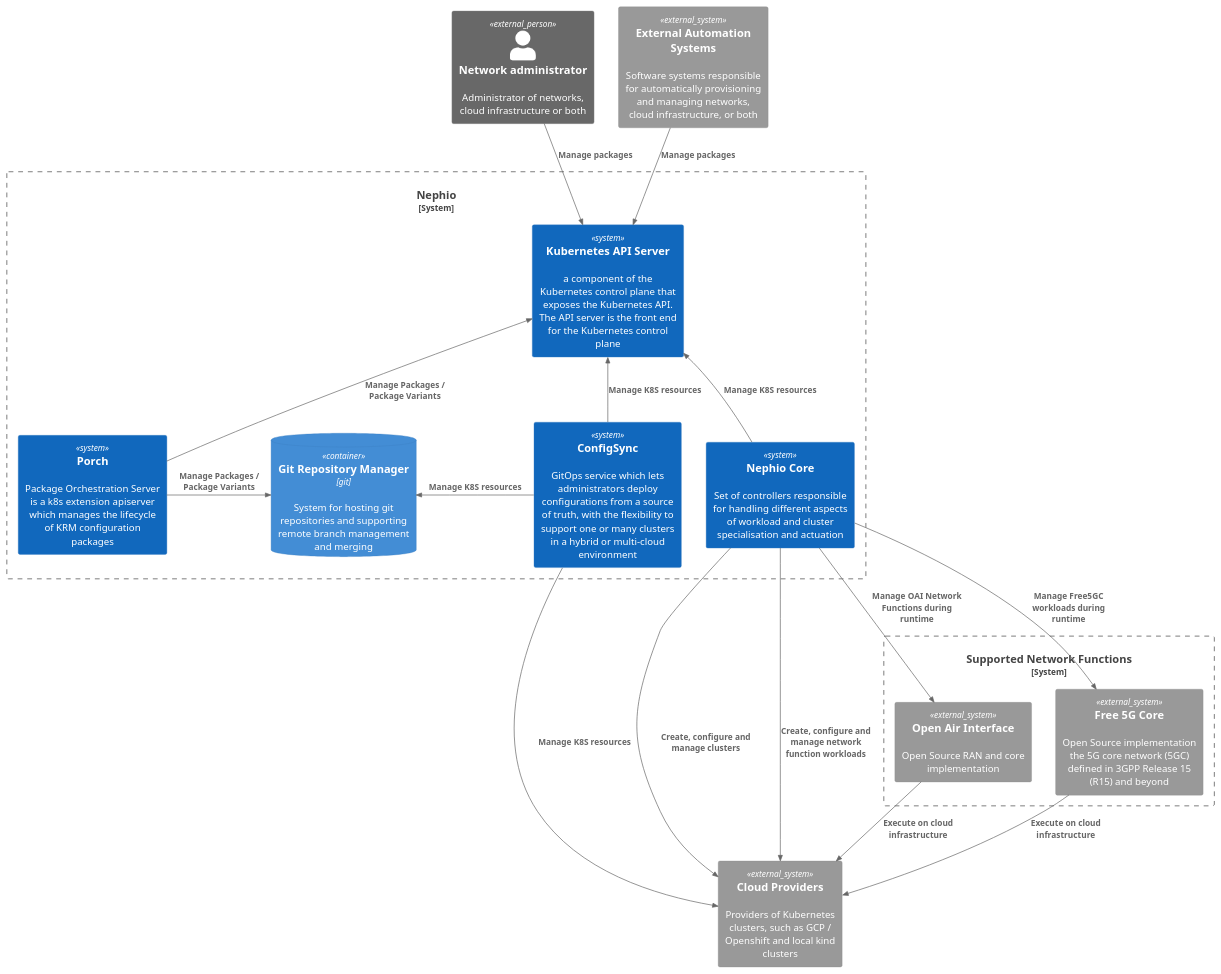
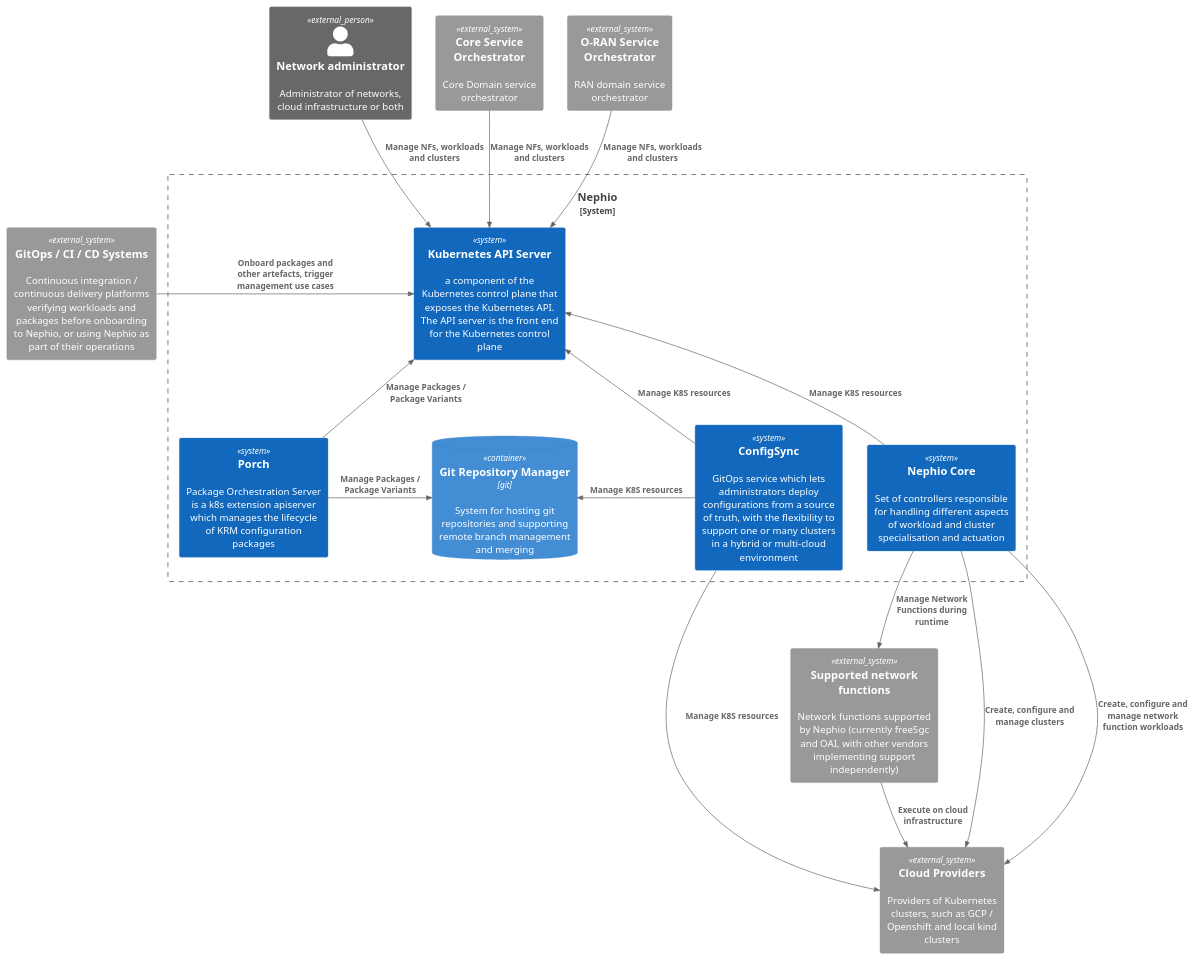
The diagram in diagrams/src/nephio-system-landscape.puml (ciaranjohnston/nephio-arch-docs-playground), drawn with PlantUML before and after one commit. The commit also changed 6 other files, not shown here.

```diff
--- a/diagrams/src/nephio-system-landscape.puml
+++ b/diagrams/src/nephio-system-landscape.puml
@@ -1,48 +1,47 @@
 @startuml
 !include  https://raw.githubusercontent.com/plantuml-stdlib/C4-PlantUML/master/C4_Component.puml
 !include  https://raw.githubusercontent.com/plantuml-stdlib/C4-PlantUML/master/C4_Component.puml
 
 Person_Ext(admin, "Network administrator", "Administrator of networks, cloud infrastructure or both")
-System_Ext(service_orchestrator, "External Automation Systems", "Software systems responsible for automatically provisioning and managing networks, cloud infrastructure, or both")
+System_Ext(core_service_orchestrator, "Core Service Orchestrator", "Core Domain service orchestrator")
+System_Ext(oran_service_orchestrator, "O-RAN Service Orchestrator", "RAN domain service orchestrator")
+System_Ext(cicd_system, "GitOps / CI / CD Systems", "Continuous integration / continuous delivery platforms verifying workloads and packages before onboarding to Nephio, or using Nephio as part of their operations")
 
 System_Boundary(nephio, "Nephio") {
     System(porch, "Porch", "Package Orchestration Server is a k8s extension apiserver which manages the lifecycle of KRM configuration packages")
     System(nephio_core, "Nephio Core", "Set of controllers responsible for handling different aspects of workload and cluster specialisation and actuation")
     System(k8s_api, "Kubernetes API Server", "a component of the Kubernetes control plane that exposes the Kubernetes API. The API server is the front end for the Kubernetes control plane")
     System(configsync, "ConfigSync", "GitOps service which lets administrators deploy configurations from a source of truth, with the flexibility to support one or many clusters in a hybrid or multi-cloud environment")
     ContainerDb(gitrepomgr, "Git Repository Manager", "git", "System for hosting git repositories and supporting remote branch management and merging")
 }
 
-System_Boundary(networks, "Supported Network Functions") {
-    System_Ext(oai, "Open Air Interface", "Open Source RAN and core implementation")
-    System_Ext(free5g_core, "Free 5G Core", "Open Source implementation the 5G core network (5GC) defined in 3GPP Release 15 (R15) and beyond")
-}
+System_Ext(supported_nfs, "Supported network functions", "Network functions supported by Nephio (currently free5gc and OAI, with other vendors implementing support independently)")
 
 System_Ext(clouds, "Cloud Providers", "Providers of Kubernetes clusters, such as GCP / Openshift and local kind clusters")
 
-Rel_D(admin, k8s_api, "Manage packages")
-Rel_D(service_orchestrator, k8s_api, "Manage packages")
+' Actor - nephio relationships
+Rel_D(admin, k8s_api, "Manage NFs, workloads and clusters")
+Rel_D(core_service_orchestrator, k8s_api, "Manage NFs, workloads and clusters")
+Rel_D(oran_service_orchestrator, k8s_api, "Manage NFs, workloads and clusters")
+
+Rel_R(cicd_system, k8s_api, "Onboard packages and other artefacts, trigger management use cases")
 
 ' Porch relations
 Rel_U(porch, k8s_api, "Manage Packages / Package Variants")
 Rel_R(porch, gitrepomgr, "Manage Packages / Package Variants")
 
 ' ConfigSync relations
 Rel_L(configsync, gitrepomgr, "Manage K8S resources")
 Rel_U(configsync, k8s_api, "Manage K8S resources")
 Rel_D(configsync, clouds, "Manage K8S resources")
 
 ' Nephio core relations
 Rel_U(nephio_core, k8s_api, "Manage K8S resources")
 Rel_D(nephio_core, clouds, "Create, configure and manage clusters")
 Rel_D(nephio_core, clouds, "Create, configure and manage network function workloads")
-Rel_D(nephio_core, oai, "Manage OAI Network Functions during runtime")
-Rel_D(nephio_core, free5g_core, "Manage Free5GC workloads during runtime")
+Rel_D(nephio_core, supported_nfs, "Manage Network Functions during runtime")
 
 ' Workload relations
-Rel_D(free5g_core, clouds, "Execute on cloud infrastructure")
-Rel_D(oai, clouds, "Execute on cloud infrastructure")
-
-
+Rel_D(supported_nfs, clouds, "Execute on cloud infrastructure")
 
 @enduml
```
